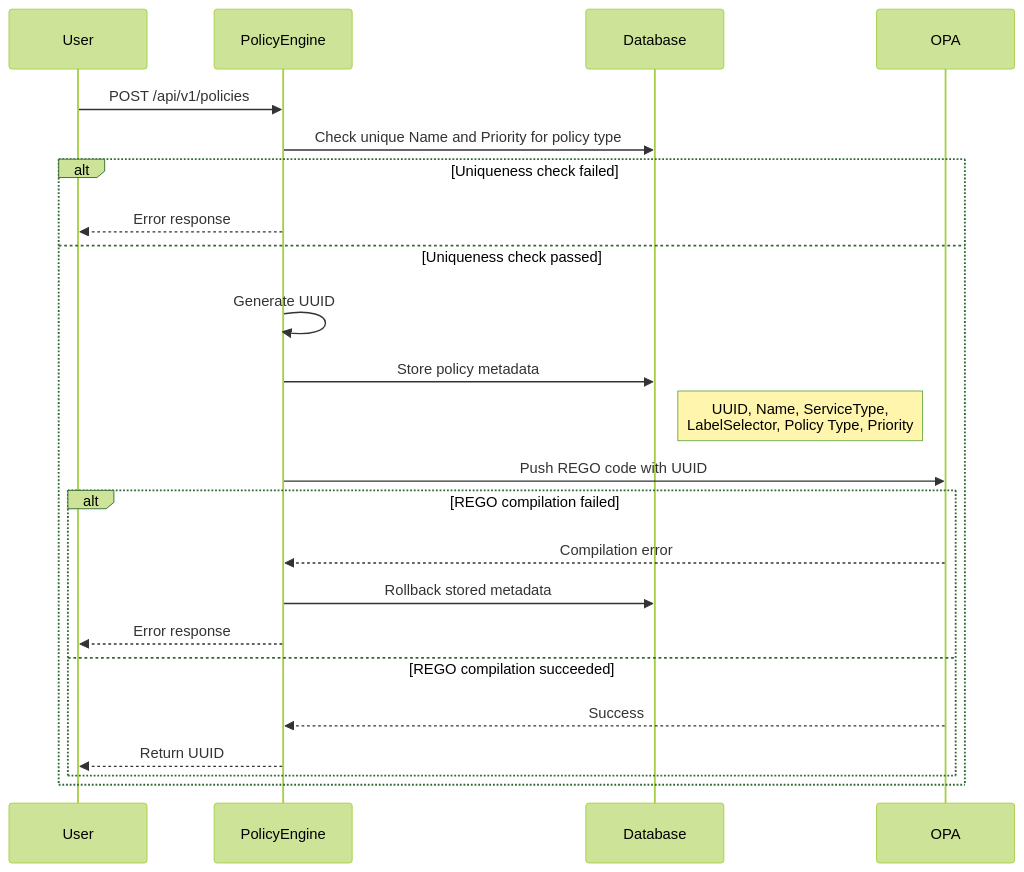
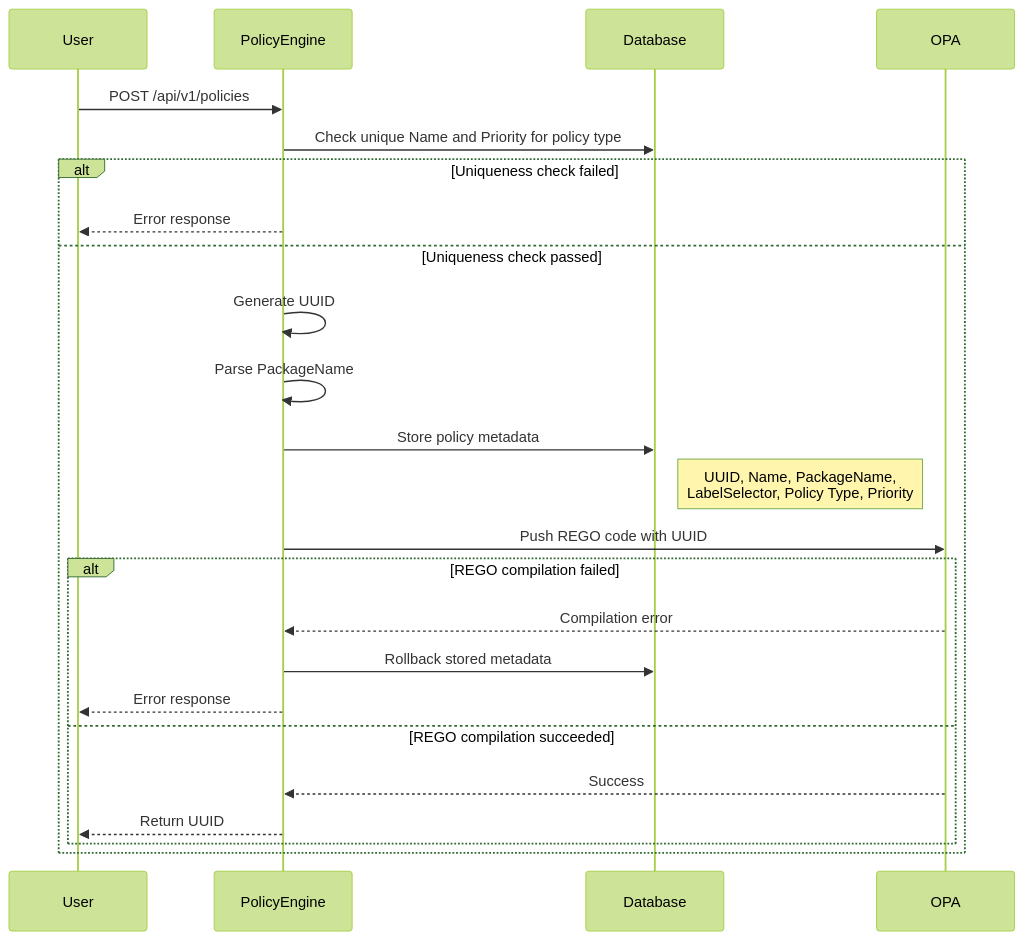
Before and after one commit to dcm-project/enhancements: the first of 2 diagrams in enhancements/policy-engine/policy-engine.md, drawn with Mermaid (forest theme). The commit also changed other lines of this file, not shown here.

First line of the commit message:
PolicyManager - Align requirements

````diff
--- a/enhancements/policy-engine/policy-engine.md
+++ b/enhancements/policy-engine/policy-engine.md
@@ -149,26 +149,27 @@
 ```mermaid
 sequenceDiagram
     participant User
     participant PolicyEngine
     participant Database
     participant OPA
 
     User->>PolicyEngine: POST /api/v1/policies
     PolicyEngine->>Database: Check unique Name and Priority for policy type
     alt Uniqueness check failed
         PolicyEngine-->>User: Error response
     else Uniqueness check passed
         PolicyEngine->>PolicyEngine: Generate UUID
+        PolicyEngine->>PolicyEngine: Parse PackageName
         PolicyEngine->>Database: Store policy metadata
-        Note right of Database: UUID, Name, ServiceType,<br/>LabelSelector, Policy Type, Priority
+        Note right of Database: UUID, Name, PackageName,<br/>LabelSelector, Policy Type, Priority
         PolicyEngine->>OPA: Push REGO code with UUID
         alt REGO compilation failed
             OPA-->>PolicyEngine: Compilation error
             PolicyEngine->>Database: Rollback stored metadata
             PolicyEngine-->>User: Error response
         else REGO compilation succeeded
             OPA-->>PolicyEngine: Success
             PolicyEngine-->>User: Return UUID
         end
     end
 ```
````
